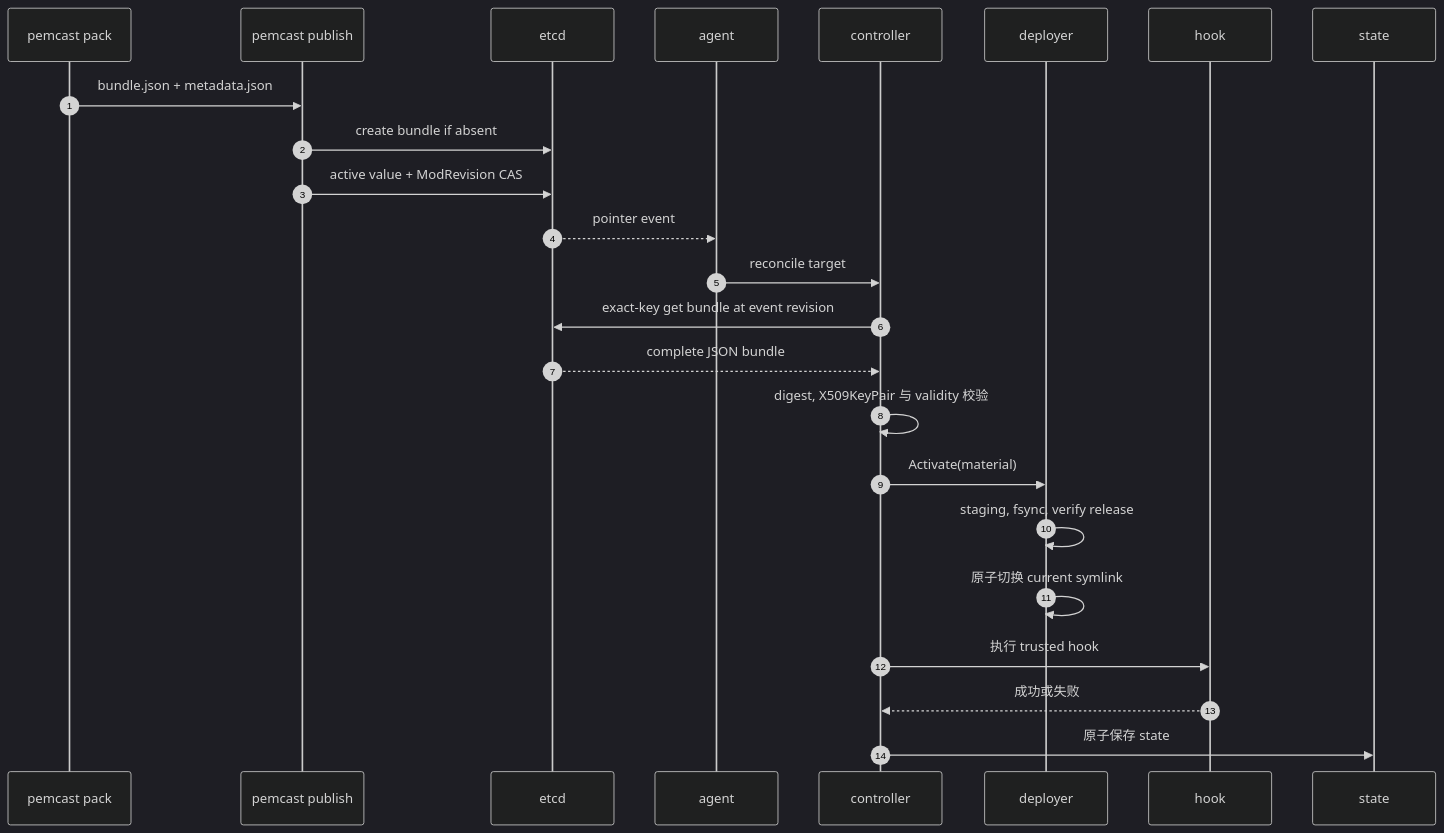
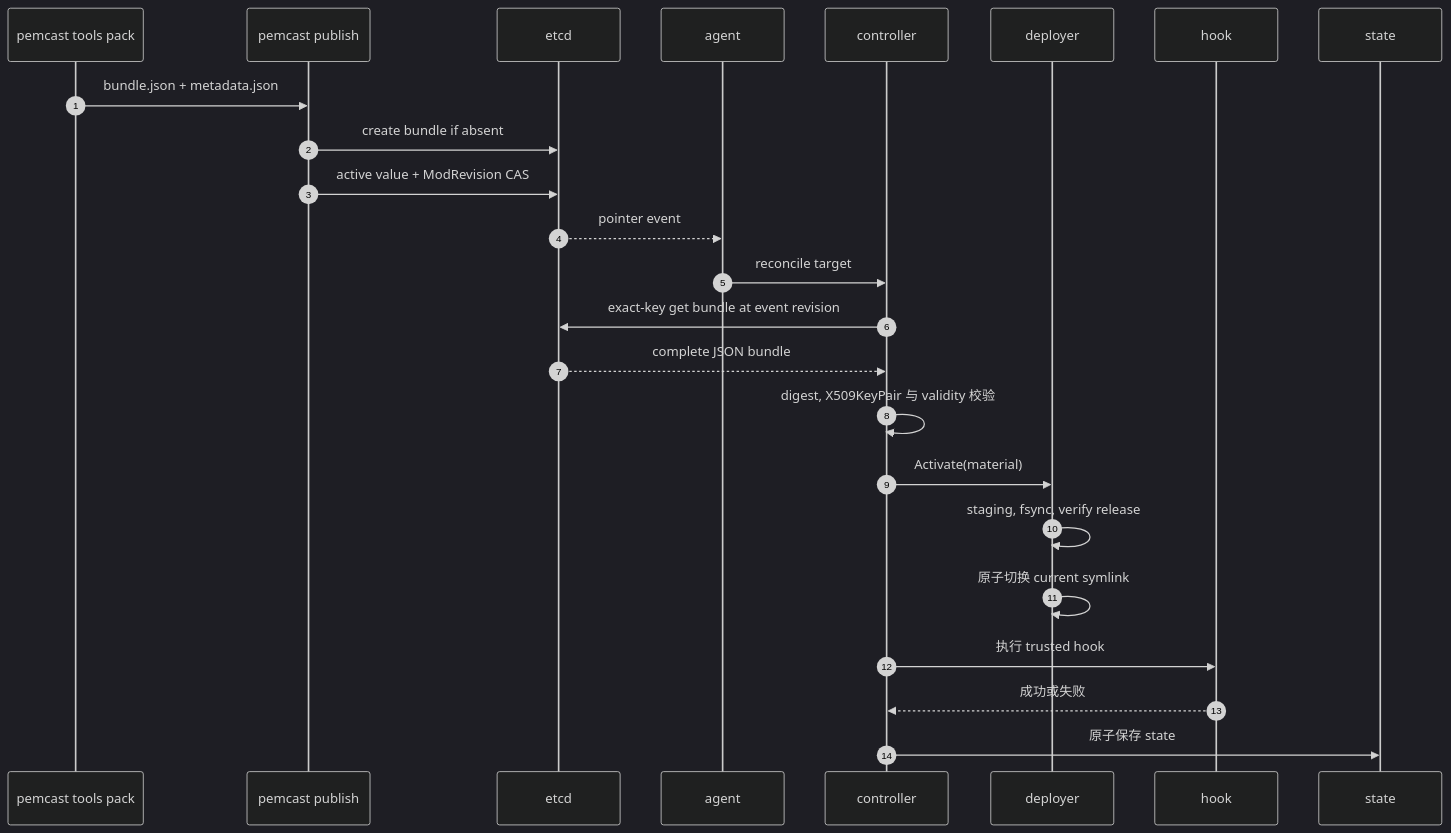
The diagram in .agents/skills/repo-architecture/references/architecture.md (lwmacct/260907-pemcast), drawn with Mermaid (dark theme) before and after one commit. The commit also changed other lines of this file and 20 other files, not shown here.

````diff
--- a/.agents/skills/repo-architecture/references/architecture.md
+++ b/.agents/skills/repo-architecture/references/architecture.md
@@ -24,27 +26,27 @@
 ```mermaid
 sequenceDiagram
     autonumber
-    participant P as pemcast pack
+    participant P as pemcast tools pack
     participant P2 as pemcast publish
     participant E as etcd
     participant A as agent
     participant C as controller
     participant D as deployer
     participant H as hook
     participant S as state
 
     P->>P2: bundle.json + metadata.json
     P2->>E: create bundle if absent
     P2->>E: active value + ModRevision CAS
     E-->>A: pointer event
     A->>C: reconcile target
     C->>E: exact-key get bundle at event revision
     E-->>C: complete JSON bundle
     C->>C: digest, X509KeyPair 与 validity 校验
     C->>D: Activate(material)
     D->>D: staging, fsync, verify release
     D->>D: 原子切换 current symlink
     C->>H: 执行 trusted hook
     H-->>C: 成功或失败
     C->>S: 原子保存 state
 ```
````
